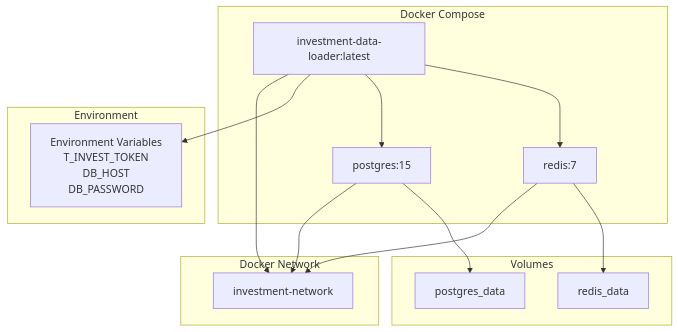
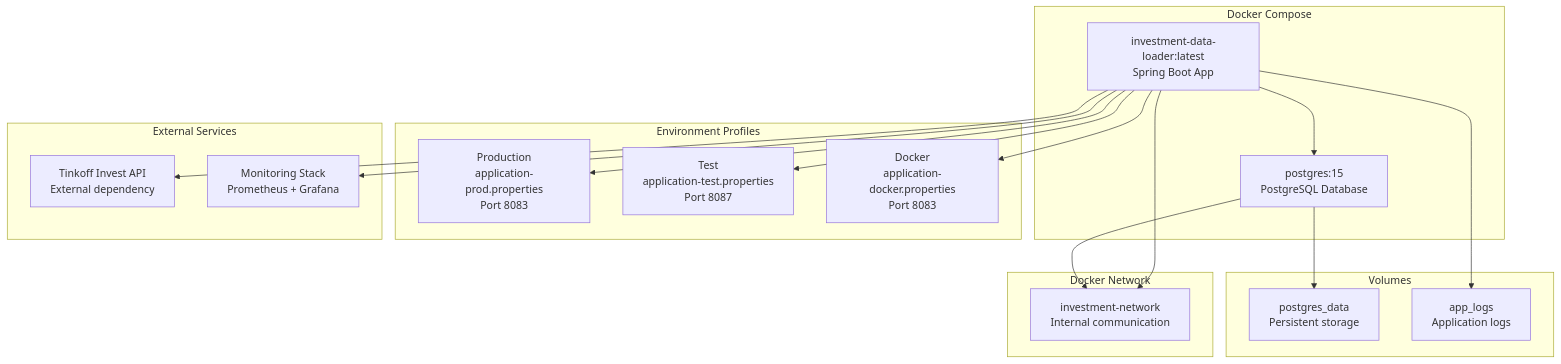
One commit to Vasilek1993111/InvestmentDataLoaderService changed the eighth of 8 diagrams in docs/diagrams/architecture.md. Above: the diagram before and after it, drawn with Mermaid. The commit also changed other lines of this file and 19 other files, not shown here.

````diff
--- a/docs/diagrams/architecture.md
+++ b/docs/diagrams/architecture.md
@@ -391,32 +528,41 @@
 ```mermaid
 graph TB
   subgraph "Docker Compose"
-    APP_CONTAINER[investment-data-loader:latest]
-    DB_CONTAINER[postgres:15]
-    REDIS_CONTAINER[redis:7]
+    APP_CONTAINER[investment-data-loader:latest<br/>Spring Boot App]
+    DB_CONTAINER[postgres:15<br/>PostgreSQL Database]
   end
   
   subgraph "Docker Network"
-    NETWORK[investment-network]
+    NETWORK[investment-network<br/>Internal communication]
   end
   
   subgraph "Volumes"
-    DB_VOLUME[postgres_data]
-    REDIS_VOLUME[redis_data]
+    DB_VOLUME[postgres_data<br/>Persistent storage]
+    APP_LOGS[app_logs<br/>Application logs]
   end
   
-  subgraph "Environment"
-    ENV_VARS[Environment Variables<br/>T_INVEST_TOKEN<br/>DB_HOST<br/>DB_PASSWORD]
+  subgraph "Environment Profiles"
+    PROD_ENV[Production<br/>application-prod.properties<br/>Port 8083]
+    TEST_ENV[Test<br/>application-test.properties<br/>Port 8087]
+    DOCKER_ENV[Docker<br/>application-docker.properties<br/>Port 8083]
+  end
+  
+  subgraph "External Services"
+    TINKOFF_API[Tinkoff Invest API<br/>External dependency]
+    MONITORING[Monitoring Stack<br/>Prometheus + Grafana]
   end
   
   APP_CONTAINER --> NETWORK
   DB_CONTAINER --> NETWORK
-  REDIS_CONTAINER --> NETWORK
   
-  APP_CONTAINER --> ENV_VARS
+  APP_CONTAINER --> PROD_ENV
+  APP_CONTAINER --> TEST_ENV
+  APP_CONTAINER --> DOCKER_ENV
+  
   DB_CONTAINER --> DB_VOLUME
-  REDIS_CONTAINER --> REDIS_VOLUME
+  APP_CONTAINER --> APP_LOGS
   
   APP_CONTAINER --> DB_CONTAINER
-  APP_CONTAINER --> REDIS_CONTAINER
+  APP_CONTAINER --> TINKOFF_API
+  APP_CONTAINER --> MONITORING
 ```
````
